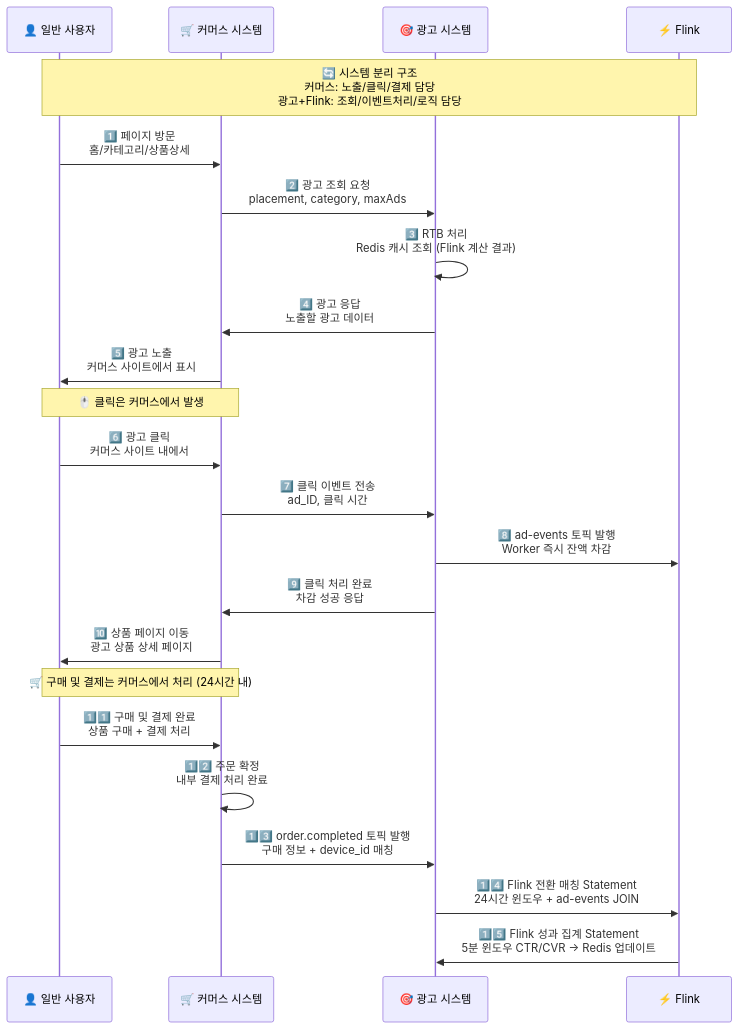
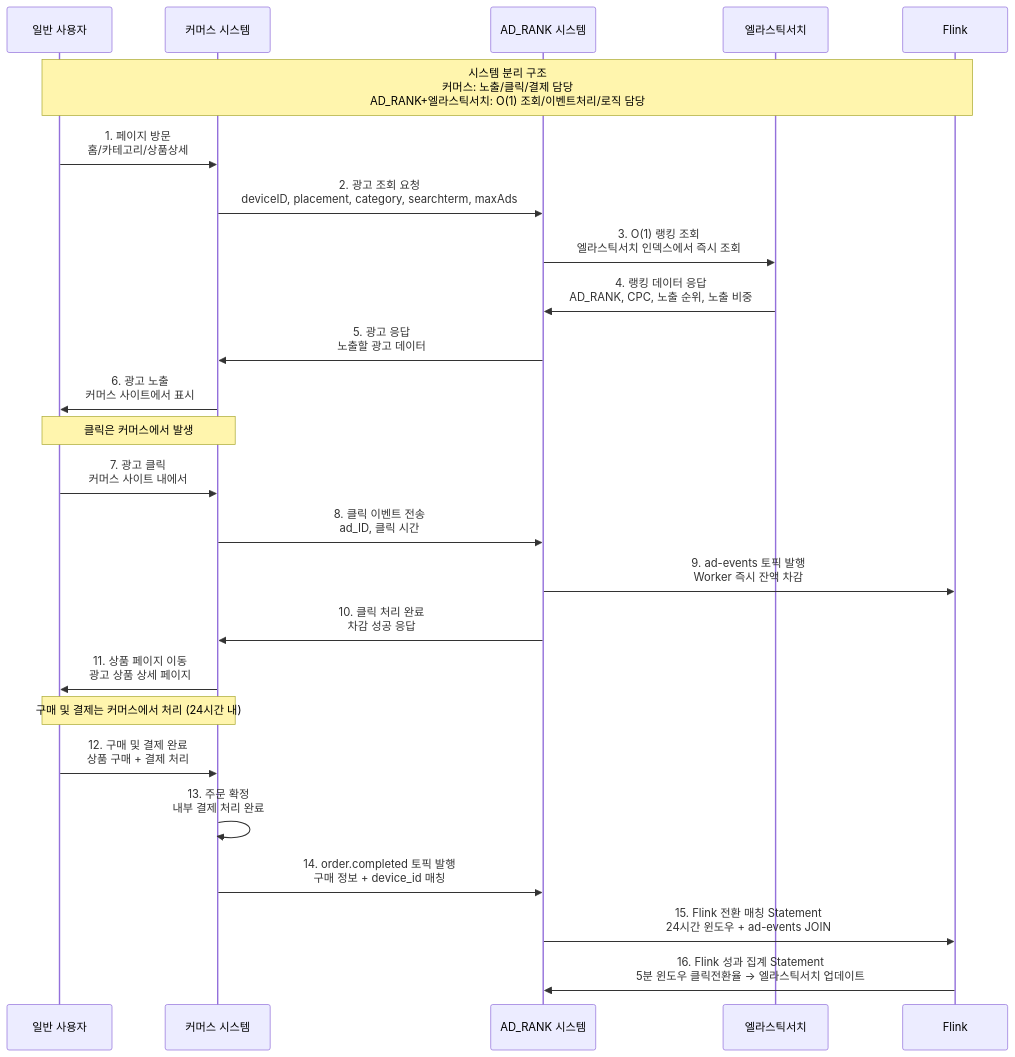
The fourth of 9 diagrams in docs/2. 설계/2-1. 업무흐름.md (smk692/advertisement-project), drawn with Mermaid before and after one commit. The commit also changed other lines of this file and 15 other files, not shown here.

````diff
--- a/docs/2. 설계/2-1. 업무흐름.md
+++ b/docs/2. 설계/2-1. 업무흐름.md
@@ -174,31 +177,33 @@
 ```mermaid
 sequenceDiagram
-    participant U as 👤 일반 사용자
-    participant C as 🛒 커머스 시스템
-    participant A as 🎯 광고 시스템
-    participant F as ⚡ Flink
+    participant U as 일반 사용자
+    participant C as 커머스 시스템
+    participant A as AD_RANK 시스템
+    participant ES as 엘라스틱서치
+    participant F as Flink
     
-    Note over U,F: 🔄 시스템 분리 구조<br/>커머스: 노출/클릭/결제 담당<br/>광고+Flink: 조회/이벤트처리/로직 담당
+    Note over U,F: 시스템 분리 구조<br/>커머스: 노출/클릭/결제 담당<br/>AD_RANK+엘라스틱서치: O(1) 조회/이벤트처리/로직 담당
     
-    U->>C: 1️⃣ 페이지 방문<br/>홈/카테고리/상품상세
-    C->>A: 2️⃣ 광고 조회 요청<br/>placement, category, maxAds
-    A->>A: 3️⃣ RTB 처리<br/>Redis 캐시 조회 (Flink 계산 결과)
-    A->>C: 4️⃣ 광고 응답<br/>노출할 광고 데이터
-    C->>U: 5️⃣ 광고 노출<br/>커머스 사이트에서 표시
+    U->>C: 1. 페이지 방문<br/>홈/카테고리/상품상세
+    C->>A: 2. 광고 조회 요청<br/>deviceID, placement, category, searchterm, maxAds
+    A->>ES: 3. O(1) 랭킹 조회<br/>엘라스틱서치 인덱스에서 즉시 조회
+    ES->>A: 4. 랭킹 데이터 응답<br/>AD_RANK, CPC, 노출 순위, 노출 비중
+    A->>C: 5. 광고 응답<br/>노출할 광고 데이터
+    C->>U: 6. 광고 노출<br/>커머스 사이트에서 표시
     
-    Note over U,C: 🖱️ 클릭은 커머스에서 발생
+    Note over U,C: 클릭은 커머스에서 발생
     
-    U->>C: 6️⃣ 광고 클릭<br/>커머스 사이트 내에서
-    C->>A: 7️⃣ 클릭 이벤트 전송<br/>ad_ID, 클릭 시간
-    A->>F: 8️⃣ ad-events 토픽 발행<br/>Worker 즉시 잔액 차감
-    A->>C: 9️⃣ 클릭 처리 완료<br/>차감 성공 응답
-    C->>U: 🔟 상품 페이지 이동<br/>광고 상품 상세 페이지
+    U->>C: 7. 광고 클릭<br/>커머스 사이트 내에서
+    C->>A: 8. 클릭 이벤트 전송<br/>ad_ID, 클릭 시간
+    A->>F: 9. ad-events 토픽 발행<br/>Worker 즉시 잔액 차감
+    A->>C: 10. 클릭 처리 완료<br/>차감 성공 응답
+    C->>U: 11. 상품 페이지 이동<br/>광고 상품 상세 페이지
     
-    Note over U,C: 🛒 구매 및 결제는 커머스에서 처리 (24시간 내)
+    Note over U,C: 구매 및 결제는 커머스에서 처리 (24시간 내)
     
-    U->>C: 1️⃣1️⃣ 구매 및 결제 완료<br/>상품 구매 + 결제 처리
-    C->>C: 1️⃣2️⃣ 주문 확정<br/>내부 결제 처리 완료
-    C->>A: 1️⃣3️⃣ order.completed 토픽 발행<br/>구매 정보 + device_id 매칭
-    A->>F: 1️⃣4️⃣ Flink 전환 매칭 Statement<br/>24시간 윈도우 + ad-events JOIN
-    F->>A: 1️⃣5️⃣ Flink 성과 집계 Statement<br/>5분 윈도우 CTR/CVR → Redis 업데이트
+    U->>C: 12. 구매 및 결제 완료<br/>상품 구매 + 결제 처리
+    C->>C: 13. 주문 확정<br/>내부 결제 처리 완료
+    C->>A: 14. order.completed 토픽 발행<br/>구매 정보 + device_id 매칭
+    A->>F: 15. Flink 전환 매칭 Statement<br/>24시간 윈도우 + ad-events JOIN
+    F->>A: 16. Flink 성과 집계 Statement<br/>5분 윈도우 클릭전환율 → 엘라스틱서치 업데이트
 ```
````
